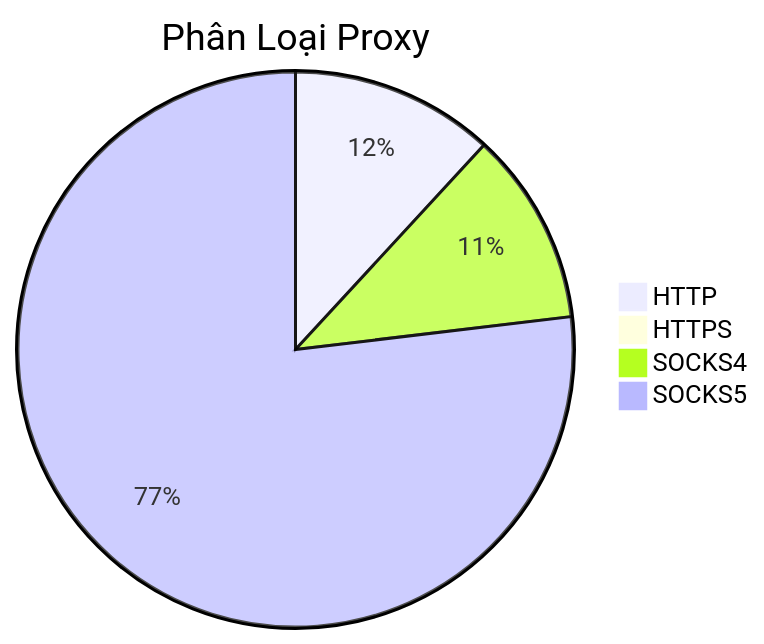
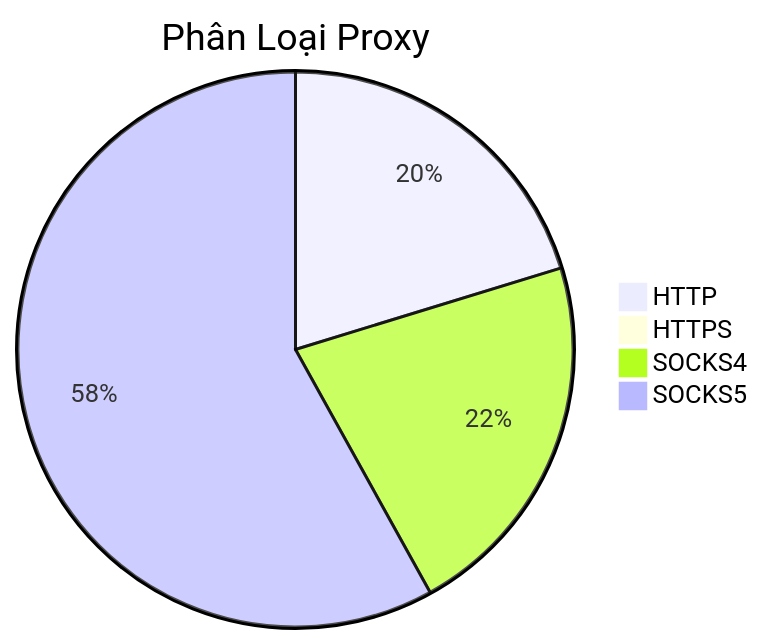
One commit to Ciara-Aa/PROXY-free changed the diagram in README.md. Above: the diagram before and after it, drawn with Mermaid. The commit also changed other lines of this file and 4 other files, not shown here.

````diff
--- a/README.md
+++ b/README.md
@@ -26,7 +26,7 @@
 ```mermaid
 pie title Phân Loại Proxy
-    "HTTP" : 218
-    "HTTPS" : 3
-    "SOCKS4" : 207
-    "SOCKS5" : 1414
+    "HTTP" : 171
+    "HTTPS" : 2
+    "SOCKS4" : 183
+    "SOCKS5" : 490
 ```
````
